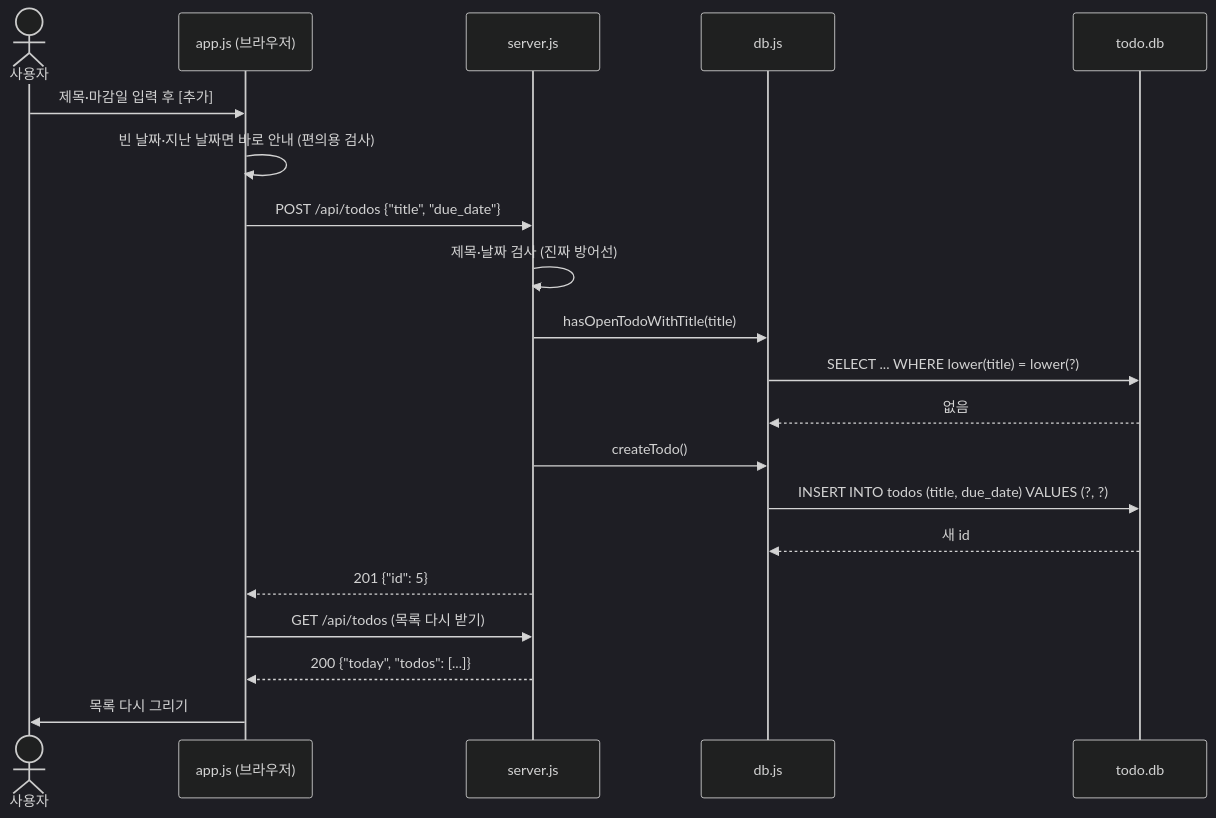
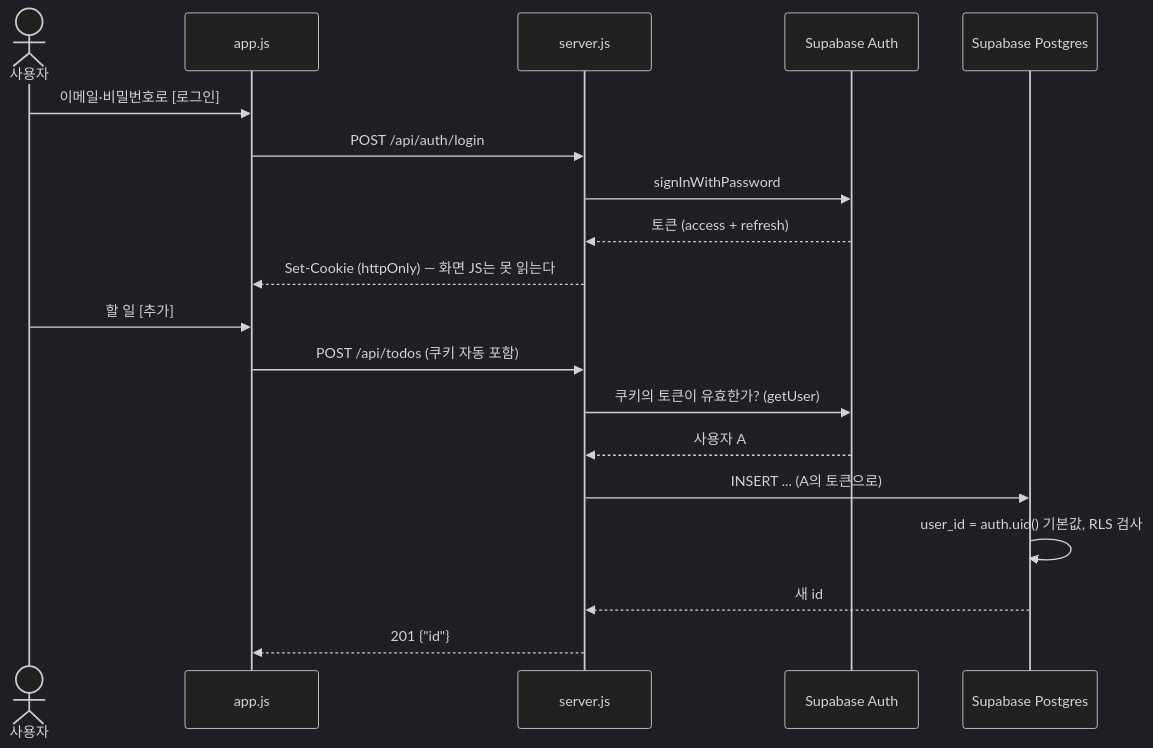
One commit to eple-lab/task-hive changed the second of 2 diagrams in docs/architecture.md. Above: the diagram before and after it, drawn with Mermaid (dark theme). The commit also changed other lines of this file and 15 other files, not shown here.

````diff
--- a/docs/architecture.md
+++ b/docs/architecture.md
@@ -47,23 +55,22 @@
 ```mermaid
 sequenceDiagram
     actor U as 사용자
-    participant A as app.js (브라우저)
+    participant A as app.js
     participant S as server.js
-    participant D as db.js
-    participant F as todo.db
+    participant Auth as Supabase Auth
+    participant P as Supabase Postgres
 
-    U->>A: 제목·마감일 입력 후 [추가]
-    A->>A: 빈 날짜·지난 날짜면 바로 안내 (편의용 검사)
-    A->>S: POST /api/todos {"title", "due_date"}
-    S->>S: 제목·날짜 검사 (진짜 방어선)
-    S->>D: hasOpenTodoWithTitle(title)
-    D->>F: SELECT ... WHERE lower(title) = lower(?)
-    F-->>D: 없음
-    S->>D: createTodo()
-    D->>F: INSERT INTO todos (title, due_date) VALUES (?, ?)
-    F-->>D: 새 id
-    S-->>A: 201 {"id": 5}
-    A->>S: GET /api/todos (목록 다시 받기)
-    S-->>A: 200 {"today", "todos": [...]}
-    A->>U: 목록 다시 그리기
+    U->>A: 이메일·비밀번호로 [로그인]
+    A->>S: POST /api/auth/login
+    S->>Auth: signInWithPassword
+    Auth-->>S: 토큰 (access + refresh)
+    S-->>A: Set-Cookie (httpOnly) — 화면 JS는 못 읽는다
+    U->>A: 할 일 [추가]
+    A->>S: POST /api/todos (쿠키 자동 포함)
+    S->>Auth: 쿠키의 토큰이 유효한가? (getUser)
+    Auth-->>S: 사용자 A
+    S->>P: INSERT ... (A의 토큰으로)
+    P->>P: user_id = auth.uid() 기본값, RLS 검사
+    P-->>S: 새 id
+    S-->>A: 201 {"id"}
 ```
````
